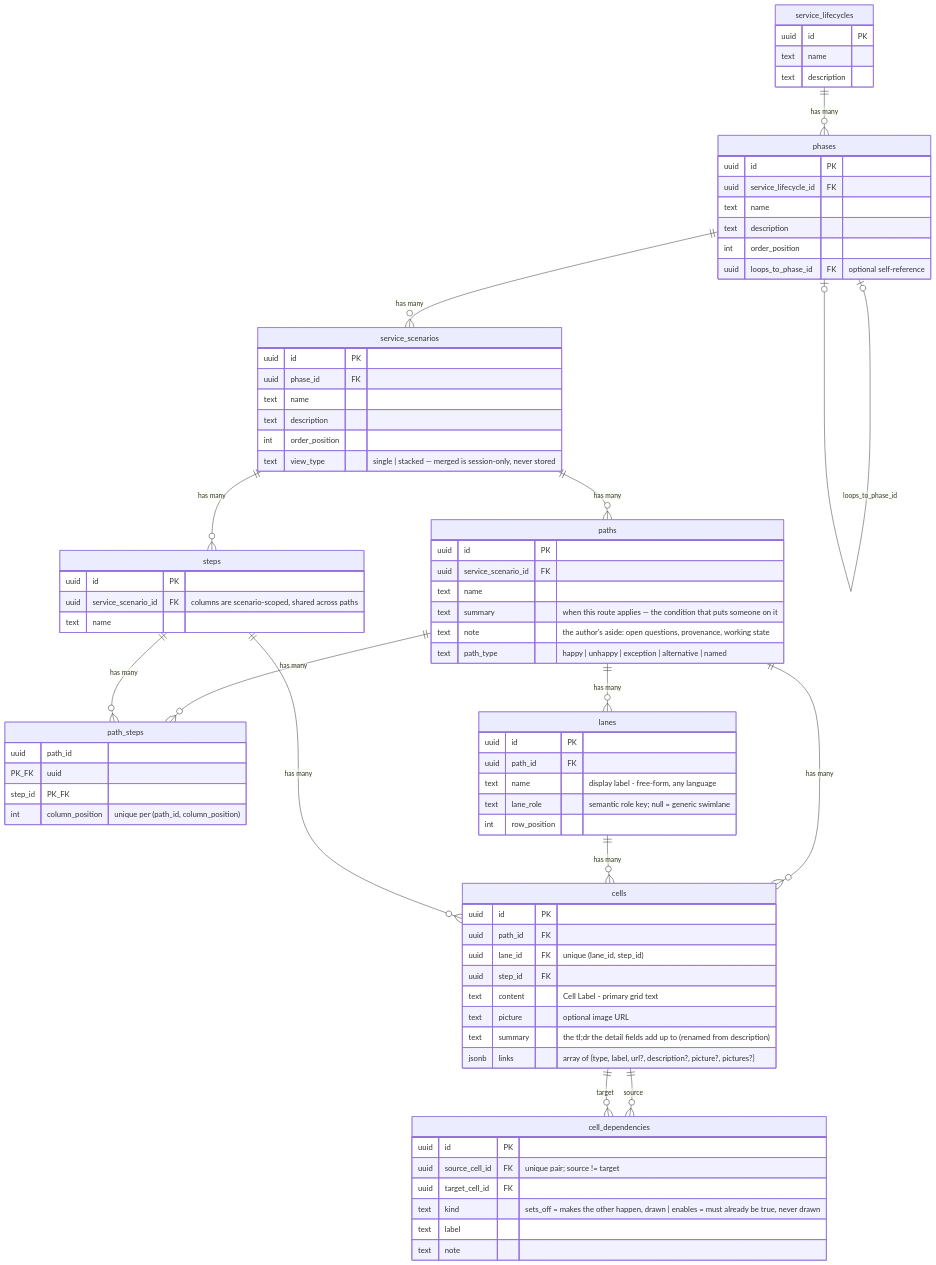
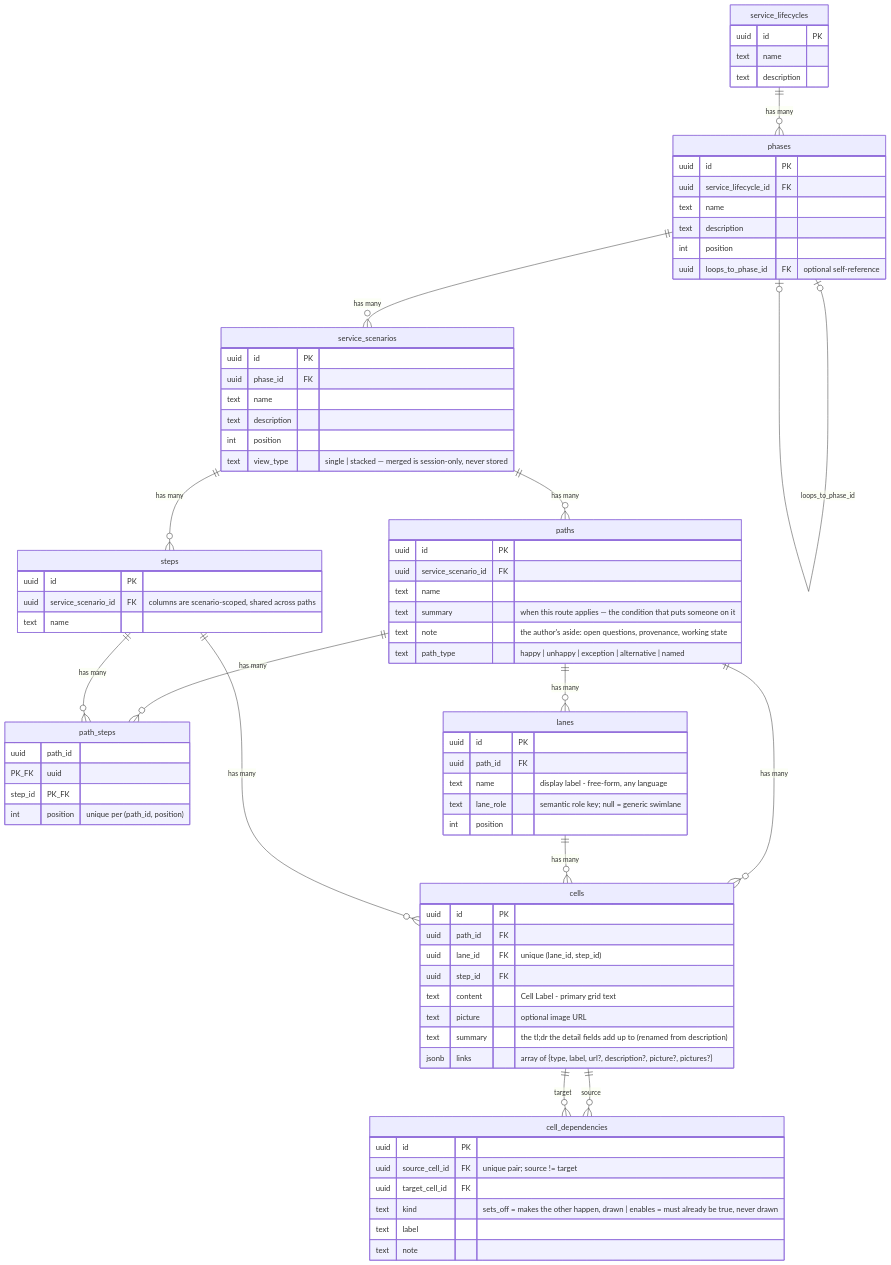
Before and after one commit to BilLogic/plus-uno-blueprint: the diagram in src/lib/agent/skill/references/data-model.md, drawn with Mermaid. The commit also changed other lines of this file and 79 other files, not shown here.

````diff
--- a/src/lib/agent/skill/references/data-model.md
+++ b/src/lib/agent/skill/references/data-model.md
@@ -33,26 +33,26 @@
 ```mermaid
 erDiagram
   service_lifecycles ||--o{ phases : "has many"
   phases ||--o{ service_scenarios : "has many"
   phases |o--o| phases : "loops_to_phase_id"
   service_scenarios ||--o{ paths : "has many"
   service_scenarios ||--o{ steps : "has many"
   paths ||--o{ path_steps : "has many"
   steps ||--o{ path_steps : "has many"
   paths ||--o{ lanes : "has many"
   paths ||--o{ cells : "has many"
   lanes ||--o{ cells : "has many"
   steps ||--o{ cells : "has many"
   cells ||--o{ cell_dependencies : "source"
   cells ||--o{ cell_dependencies : "target"
 
   service_lifecycles { uuid id PK  text name  text description }
-  phases { uuid id PK  uuid service_lifecycle_id FK  text name  text description  int order_position  uuid loops_to_phase_id FK "optional self-reference" }
-  service_scenarios { uuid id PK  uuid phase_id FK  text name  text description  int order_position  text view_type "single | stacked — merged is session-only, never stored" }
+  phases { uuid id PK  uuid service_lifecycle_id FK  text name  text description  int position  uuid loops_to_phase_id FK "optional self-reference" }
+  service_scenarios { uuid id PK  uuid phase_id FK  text name  text description  int position  text view_type "single | stacked — merged is session-only, never stored" }
   paths { uuid id PK  uuid service_scenario_id FK  text name  text summary "when this route applies — the condition that puts someone on it"  text note "the author's aside: open questions, provenance, working state"  text path_type "happy | unhappy | exception | alternative | named" }
   steps { uuid id PK  uuid service_scenario_id FK "columns are scenario-scoped, shared across paths"  text name }
-  path_steps { uuid path_id PK_FK  uuid step_id PK_FK  int column_position "unique per (path_id, column_position)" }
-  lanes { uuid id PK  uuid path_id FK  text name "display label - free-form, any language"  text lane_role "semantic role key; null = generic swimlane"  int row_position }
+  path_steps { uuid path_id PK_FK  uuid step_id PK_FK  int position "unique per (path_id, position)" }
+  lanes { uuid id PK  uuid path_id FK  text name "display label - free-form, any language"  text lane_role "semantic role key; null = generic swimlane"  int position }
   cells { uuid id PK  uuid path_id FK  uuid lane_id FK "unique (lane_id, step_id)"  uuid step_id FK  text content "Cell Label - primary grid text"  text picture "optional image URL"  text summary "the tl;dr the detail fields add up to (renamed from description)"  jsonb links "array of {type, label, url?, description?, picture?, pictures?}" }
   cell_dependencies { uuid id PK  uuid source_cell_id FK "unique pair; source != target"  uuid target_cell_id FK  text kind "sets_off = makes the other happen, drawn | enables = must already be true, never drawn"  text label  text note }
 ```
````
